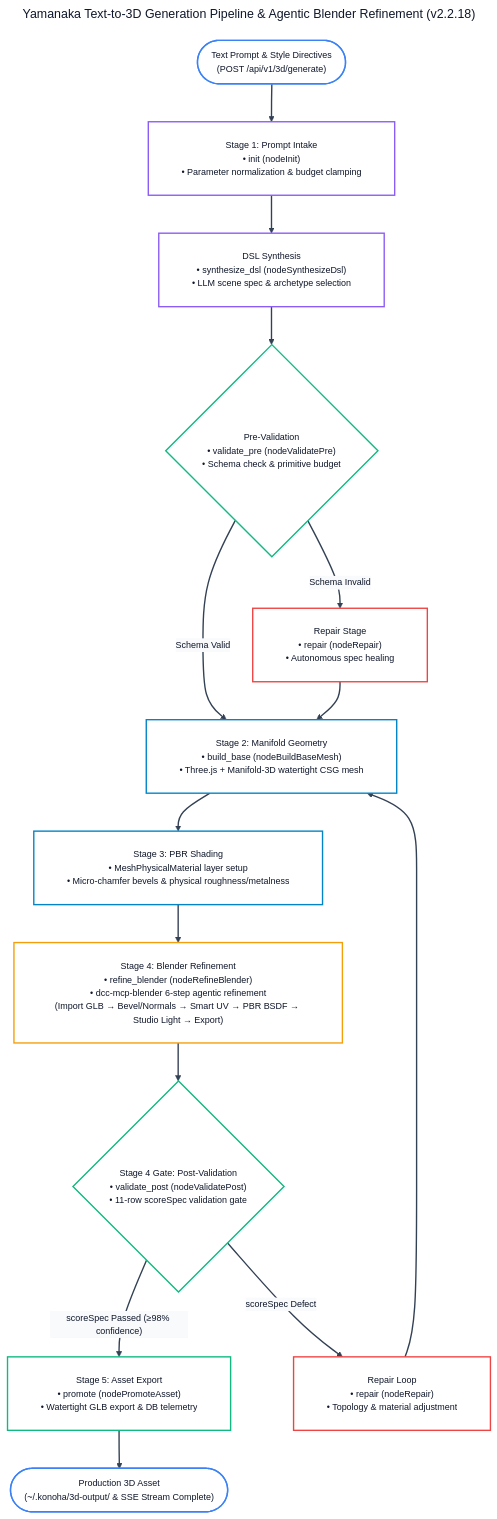
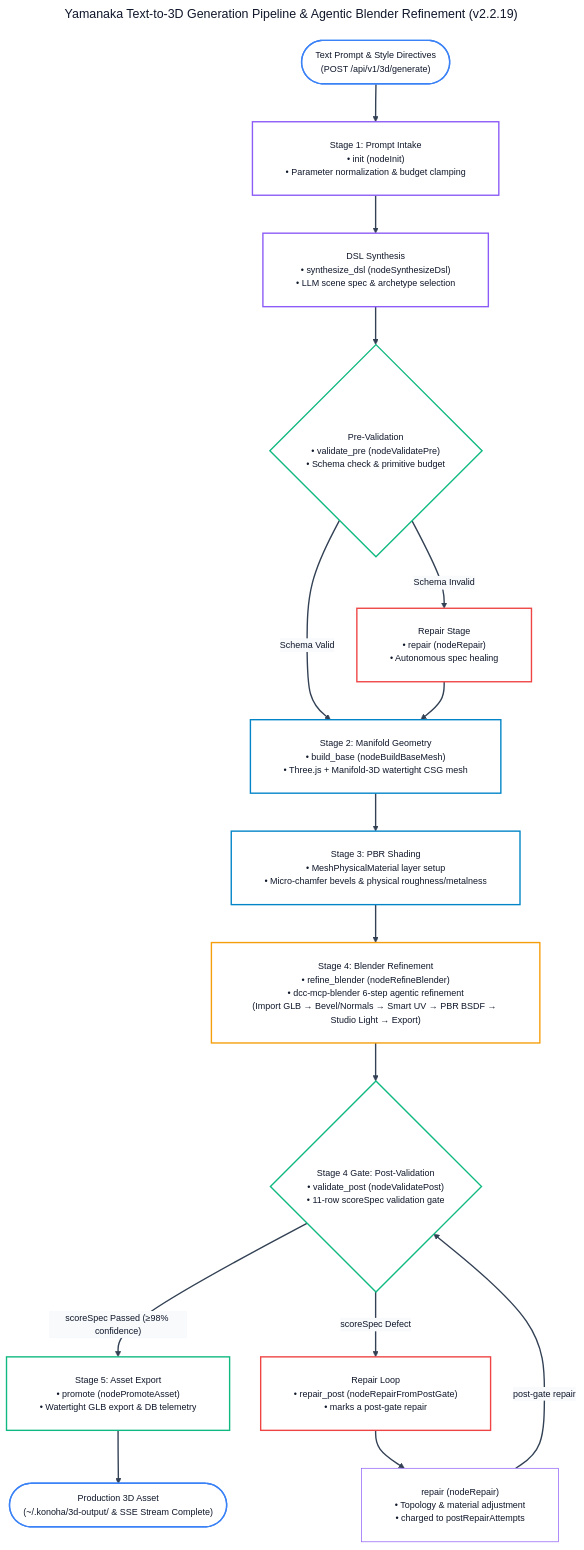
Before and after one commit to andycungkrinx91/konoha: diagram 18 of 19 in docs/ALL-WORKFLOW-DIAGRAMS.md, drawn with Mermaid. The commit also changed other lines of this file and 184 other files, not shown here.

````diff
--- a/docs/ALL-WORKFLOW-DIAGRAMS.md
+++ b/docs/ALL-WORKFLOW-DIAGRAMS.md
@@ -1238,64 +1269,65 @@
 ```mermaid
 ---
-title: Yamanaka Text-to-3D Generation Pipeline & Agentic Blender Refinement (v2.2.18)
+title: Yamanaka Text-to-3D Generation Pipeline & Agentic Blender Refinement (v2.2.19)
 config:
   theme: base
   themeVariables:
     darkMode: false
     background: "#ffffff"
     mainBkg: "#ffffff"
     primaryColor: "#ffffff"
     primaryTextColor: "#0f172a"
     primaryBorderColor: "#8b5cf6"
     lineColor: "#334155"
     arrowheadColor: "#334155"
     secondaryColor: "#f8fafc"
     tertiaryColor: "#ffffff"
     fontFamily: "Inter, system-ui, -apple-system, sans-serif"
     fontSize: "13px"
   flowchart:
     nodeSpacing: 45
     rankSpacing: 55
     padding: 24
     wrappingWidth: 380
 ---
 flowchart TD
     PromptIn(["Text Prompt &amp; Style Directives<br/>(POST /api/v1/3d/generate)"]) --> InitNode["Stage 1: Prompt Intake<br/>• init (nodeInit)<br/>• Parameter normalization &amp; budget clamping"]
     
     InitNode --> SynthNode["DSL Synthesis<br/>• synthesize_dsl (nodeSynthesizeDsl)<br/>• LLM scene spec &amp; archetype selection"]
     
     SynthNode --> PreValNode{"Pre-Validation<br/>• validate_pre (nodeValidatePre)<br/>• Schema check &amp; primitive budget"}
     
     PreValNode -- "Schema Valid" --> BaseMeshNode["Stage 2: Manifold Geometry<br/>• build_base (nodeBuildBaseMesh)<br/>• Three.js + Manifold-3D watertight CSG mesh"]
     
     PreValNode -- "Schema Invalid" --> RepairPre["Repair Stage<br/>• repair (nodeRepair)<br/>• Autonomous spec healing"]
     RepairPre --> BaseMeshNode
     
     BaseMeshNode --> PbrNode["Stage 3: PBR Shading<br/>• MeshPhysicalMaterial layer setup<br/>• Micro-chamfer bevels &amp; physical roughness/metalness"]
     
     PbrNode --> BlenderNode["Stage 4: Blender Refinement<br/>• refine_blender (nodeRefineBlender)<br/>• dcc-mcp-blender 6-step agentic refinement<br/>(Import GLB → Bevel/Normals → Smart UV → PBR BSDF → Studio Light → Export)"]
     
     BlenderNode --> PostValNode{"Stage 4 Gate: Post-Validation<br/>• validate_post (nodeValidatePost)<br/>• 11-row scoreSpec validation gate"}
     
     PostValNode -- "scoreSpec Passed (≥98% confidence)" --> PromoteNode["Stage 5: Asset Export<br/>• promote (nodePromoteAsset)<br/>• Watertight GLB export &amp; DB telemetry"]
     
-    PostValNode -- "scoreSpec Defect" --> RepairPost["Repair Loop<br/>• repair (nodeRepair)<br/>• Topology &amp; material adjustment"]
-    RepairPost --> BaseMeshNode
+    PostValNode -- "scoreSpec Defect" --> RepairPost["Repair Loop<br/>• repair_post (nodeRepairFromPostGate)<br/>• marks a post-gate repair"]
+    RepairPost --> RepairRepair["repair (nodeRepair)<br/>• Topology &amp; material adjustment<br/>• charged to postRepairAttempts"]
+    RepairRepair -- "post-gate repair" --> PostValNode
     
     PromoteNode --> EndAsset(["Production 3D Asset<br/>(~/.konoha/3d-output/ &amp; SSE Stream Complete)"])
 
     linkStyle default stroke:#334155,stroke-width:2px;
     classDef startEnd fill:#ffffff,stroke:#3b82f6,color:#0f172a,stroke-width:2px;
     classDef intakeNode fill:#ffffff,stroke:#8b5cf6,color:#0f172a,stroke-width:2px;
     classDef geomNode fill:#ffffff,stroke:#0284c7,color:#0f172a,stroke-width:2px;
     classDef refineNode fill:#ffffff,stroke:#f59e0b,color:#0f172a,stroke-width:2px;
     classDef gateNode fill:#ffffff,stroke:#10b981,color:#0f172a,stroke-width:2px;
     classDef errNode fill:#ffffff,stroke:#ef4444,color:#0f172a,stroke-width:2px;
 
     class PromptIn,EndAsset startEnd;
     class InitNode,SynthNode intakeNode;
     class BaseMeshNode,PbrNode geomNode;
     class BlenderNode refineNode;
     class PreValNode,PostValNode,PromoteNode gateNode;
     class RepairPre,RepairPost errNode;
 ```
````
